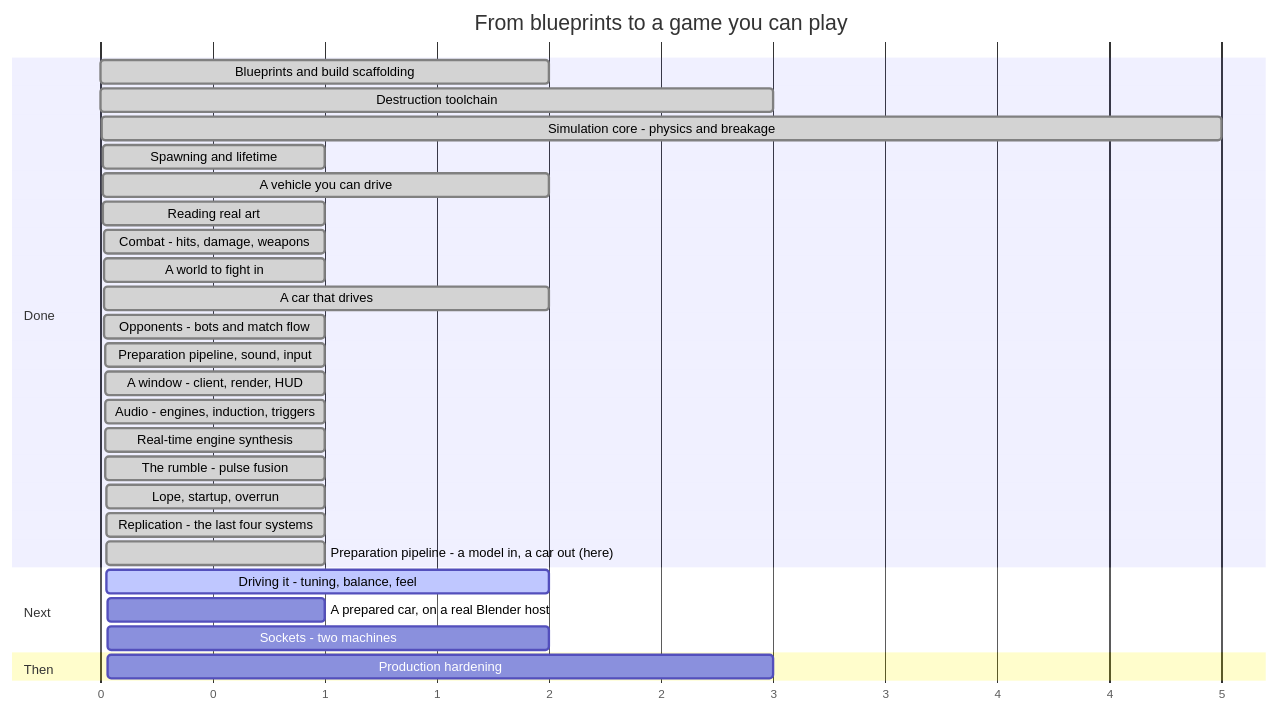
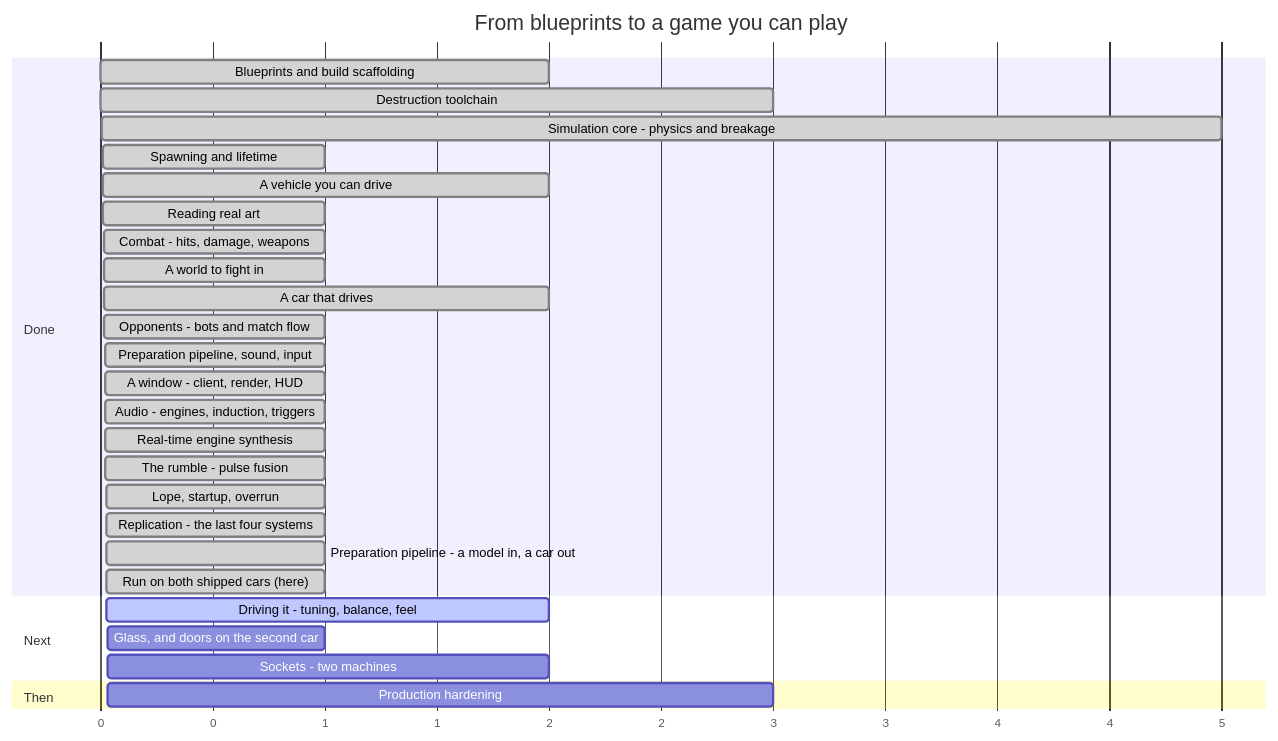
One commit to RobLobsta/Syndicate changed the diagram in ROADMAP.md. Above: the diagram before and after it, drawn with Mermaid. The commit also changed other lines of this file and 20 other files, not shown here.

````diff
--- a/ROADMAP.md
+++ b/ROADMAP.md
@@ -20,34 +22,35 @@
 ```mermaid
 gantt
     title From blueprints to a game you can play
     dateFormat X
     axisFormat %s
 
     section Done
     Blueprints and build scaffolding        :done, p0, 0, 2
     Destruction toolchain                   :done, p1, 2, 3
     Simulation core - physics and breakage   :done, p2, 5, 5
     Spawning and lifetime                   :done, p3, 10, 1
     A vehicle you can drive                 :done, p4, 11, 2
     Reading real art                        :done, p6a, 13, 1
     Combat - hits, damage, weapons          :done, p5, 14, 1
     A world to fight in                     :done, p6, 15, 1
     A car that drives                       :done, p6b, 16, 2
     Opponents - bots and match flow         :done, p8, 18, 1
     Preparation pipeline, sound, input      :done, p6c, 19, 1
     A window - client, render, HUD          :done, p7, 20, 1
     Audio - engines, induction, triggers    :done, p7b, 21, 1
     Real-time engine synthesis              :done, p7c, 22, 1
     The rumble - pulse fusion               :done, p7d, 23, 1
     Lope, startup, overrun                  :done, p7e, 24, 1
     Replication - the last four systems     :done, p9a, 25, 1
-    Preparation pipeline - a model in, a car out (here) :done, p6d, 26, 1
+    Preparation pipeline - a model in, a car out :done, p6d, 26, 1
+    Run on both shipped cars (here)         :done, p6e, 27, 1
 
     section Next
-    Driving it - tuning, balance, feel      :active, p11, 27, 2
-    A prepared car, on a real Blender host  :p6e, 29, 1
-    Sockets - two machines                  :p9b, 30, 2
+    Driving it - tuning, balance, feel      :active, p11, 28, 2
+    Glass, and doors on the second car      :p6f, 30, 1
+    Sockets - two machines                  :p9b, 31, 2
 
     section Then
     Production hardening                    :p10, 32, 3
 ```
````
